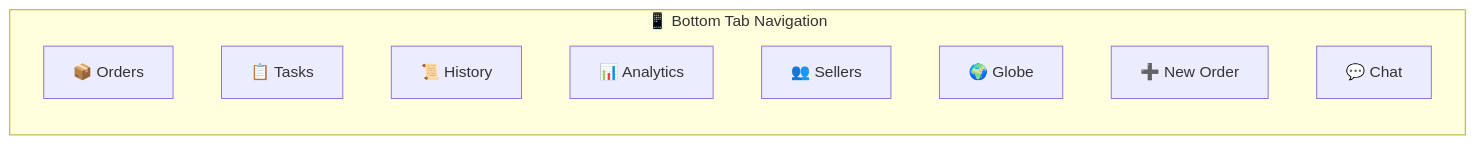
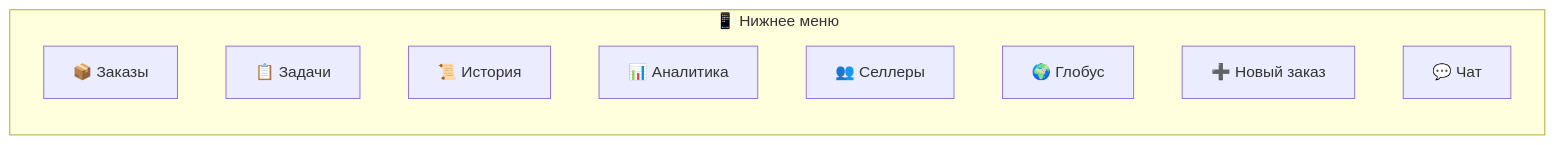
Before and after one commit to AutoPilotSoftware/docs: the fifth of 8 diagrams in src/content/docs/pilot-faq.md, drawn with Mermaid. The commit also changed other lines of this file and 2 other files, not shown here.

First line of the commit message:
Simplify and localize all pilot-faq diagrams across RU/EN/UA

````diff
--- a/src/content/docs/pilot-faq.md
+++ b/src/content/docs/pilot-faq.md
@@ -319,14 +311,14 @@
 ```mermaid
 flowchart LR
-    subgraph Tabs["📱 Bottom Tab Navigation"]
+    subgraph Tabs["📱 Нижнее меню"]
         direction TB
-        T1["📦 Orders"]
-        T2["📋 Tasks"]
-        T3["📜 History"]
-        T4["📊 Analytics"]
-        T5["👥 Sellers"]
-        T6["🌍 Globe"]
-        T7["➕ New Order"]
-        T8["💬 Chat"]
+        T1["📦 Заказы"]
+        T2["📋 Задачи"]
+        T3["📜 История"]
+        T4["📊 Аналитика"]
+        T5["👥 Селлеры"]
+        T6["🌍 Глобус"]
+        T7["➕ Новый заказ"]
+        T8["💬 Чат"]
     end
 ```
````
